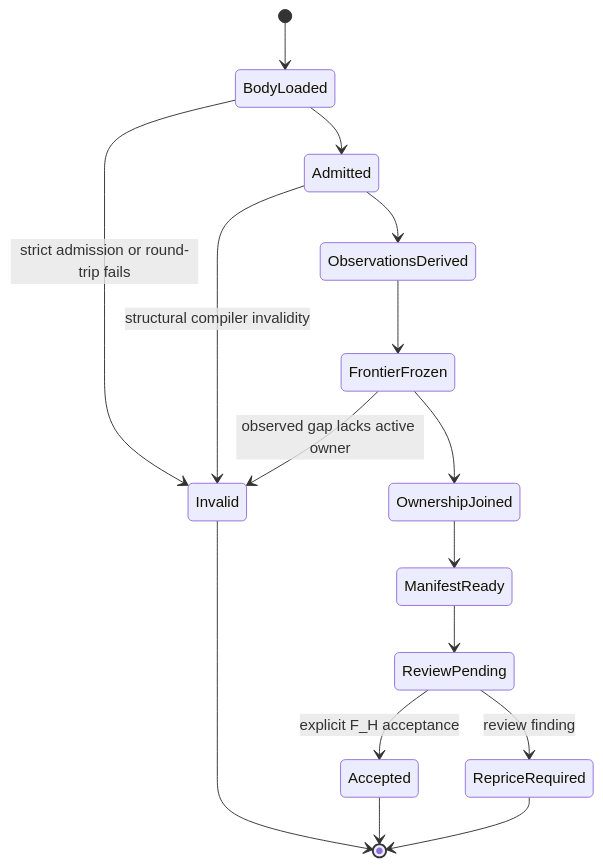
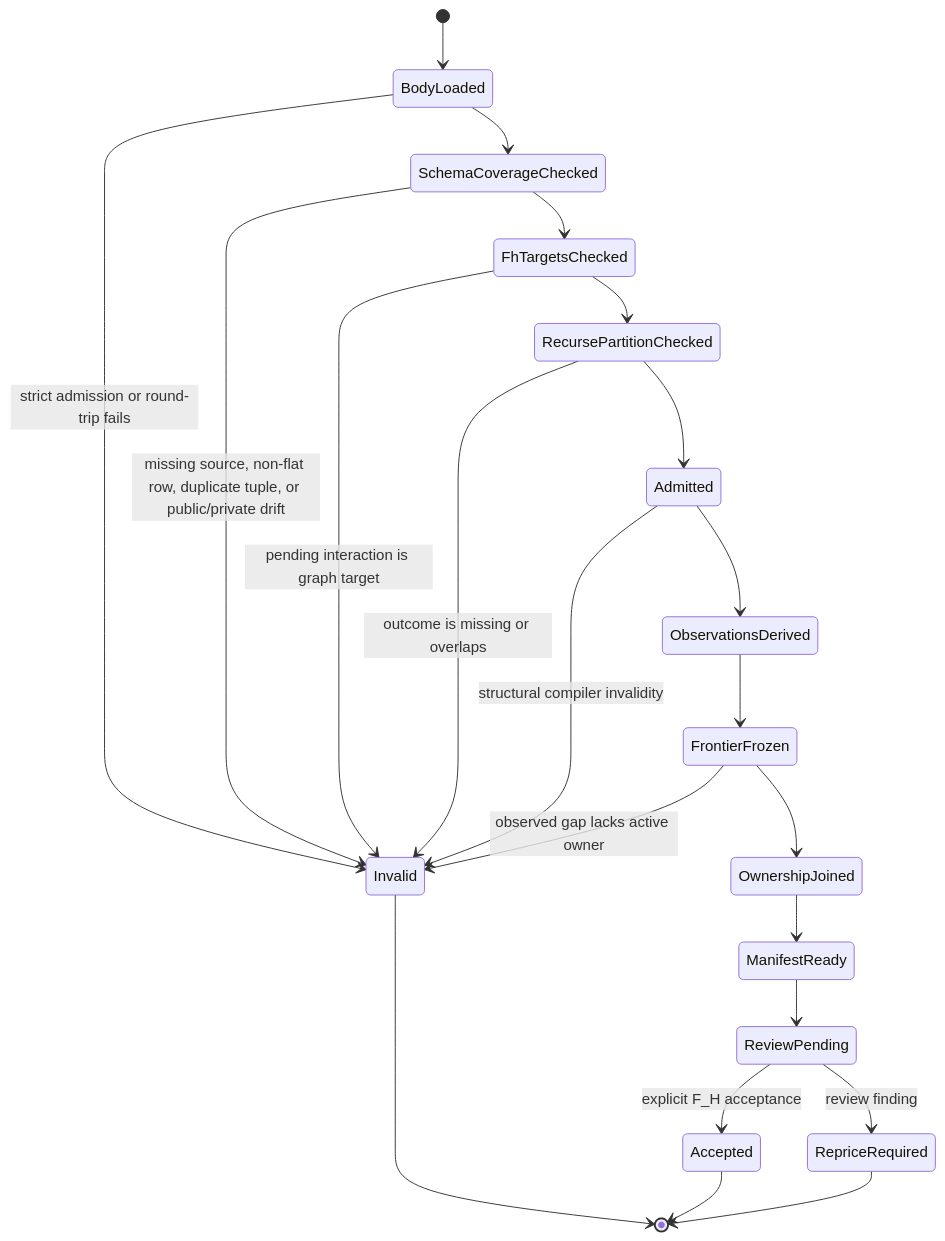
Before and after one commit to foolishimp/abiogenesis: the third of 3 diagrams in build_tenants/abiogenesis/typescript/design/M01_M03_CONSENSUS_GTL_FREE_CONSTRUCTION_BEHAVIOR_DESIGN.md, drawn with Mermaid. The commit also changed other lines of this file and 7 other files, not shown here.

````diff
--- a/build_tenants/abiogenesis/typescript/design/M01_M03_CONSENSUS_GTL_FREE_CONSTRUCTION_BEHAVIOR_DESIGN.md
+++ b/build_tenants/abiogenesis/typescript/design/M01_M03_CONSENSUS_GTL_FREE_CONSTRUCTION_BEHAVIOR_DESIGN.md
@@ -289,18 +525,24 @@
 ```mermaid
 stateDiagram-v2
   [*] --> BodyLoaded
   BodyLoaded --> Invalid: strict admission or round-trip fails
-  BodyLoaded --> Admitted
+  BodyLoaded --> SchemaCoverageChecked
+  SchemaCoverageChecked --> Invalid: missing source, non-flat row, duplicate tuple, or public/private drift
+  SchemaCoverageChecked --> FhTargetsChecked
+  FhTargetsChecked --> Invalid: pending interaction is graph target
+  FhTargetsChecked --> RecursePartitionChecked
+  RecursePartitionChecked --> Invalid: outcome is missing or overlaps
+  RecursePartitionChecked --> Admitted
   Admitted --> Invalid: structural compiler invalidity
   Admitted --> ObservationsDerived
   ObservationsDerived --> FrontierFrozen
   FrontierFrozen --> Invalid: observed gap lacks active owner
   FrontierFrozen --> OwnershipJoined
   OwnershipJoined --> ManifestReady
   ManifestReady --> ReviewPending
   ReviewPending --> Accepted: explicit F_H acceptance
   ReviewPending --> RepriceRequired: review finding
   Invalid --> [*]
   Accepted --> [*]
   RepriceRequired --> [*]
 ```
````
